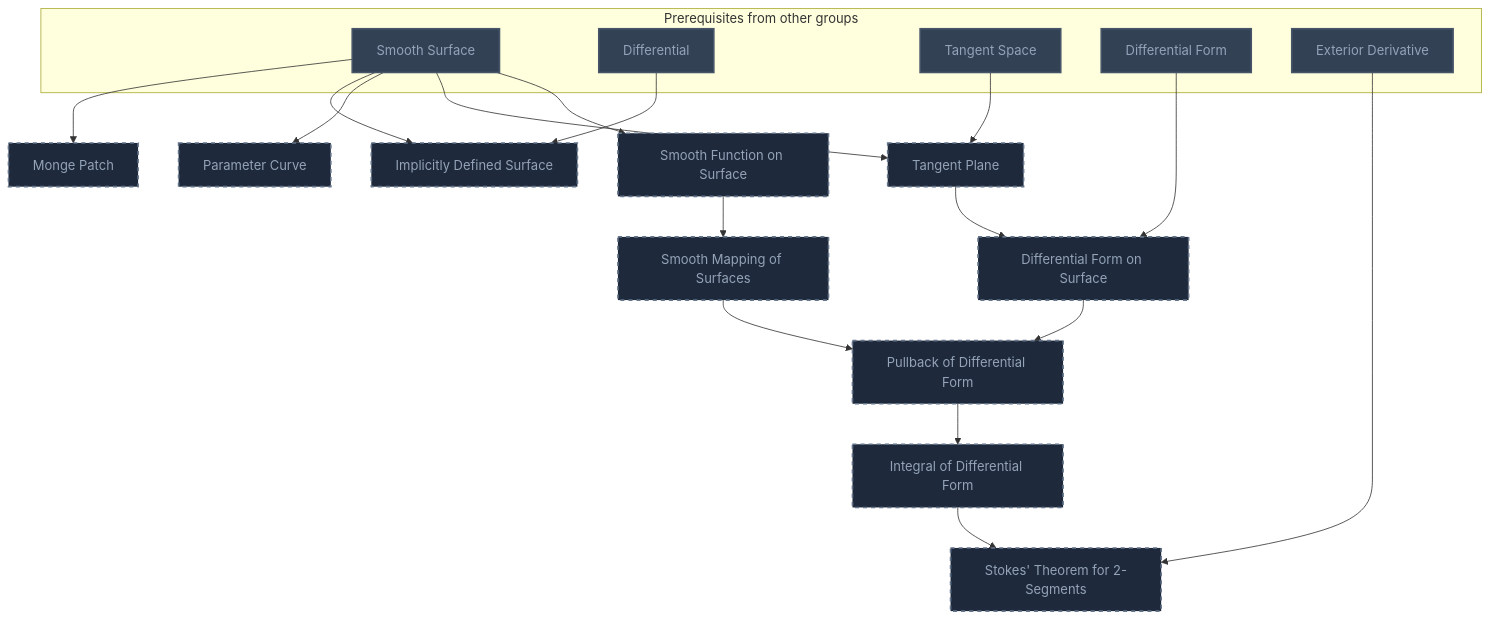
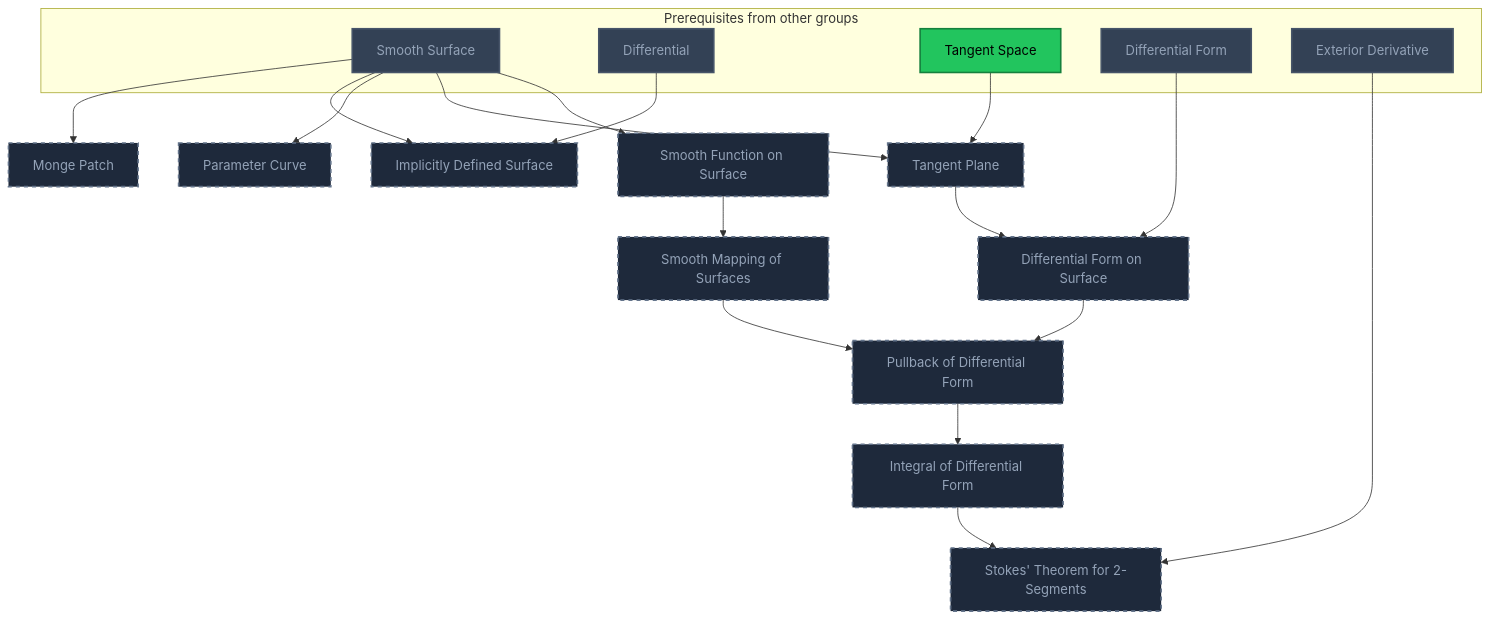
The seventh of 21 diagrams in Gamification/Skill Trees/Differential Geometry.md (MRauf1/My-Notes), drawn with Mermaid before and after one commit. The commit also changed other lines of this file and 145 other files, not shown here.

````diff
--- a/Gamification/Skill Trees/Differential Geometry.md
+++ b/Gamification/Skill Trees/Differential Geometry.md
@@ -648,47 +658,48 @@
 ```mermaid
 flowchart TD
     classDef planned fill:#1E293B,stroke:#64748B,stroke-width:2px,stroke-dasharray:5 5,color:#94A3B8;
     classDef locked fill:#334155,stroke:#475569,stroke-width:2px,color:#94A3B8;
     classDef L0 fill:#F1F5F9,stroke:#94A3B8,stroke-width:2px,color:#000000;
     classDef L1 fill:#22C55E,stroke:#15803D,stroke-width:2px,color:#000000;
     classDef L2 fill:#3B82F6,stroke:#1D4ED8,stroke-width:3px,color:#FFFFFF;
     classDef L3 fill:#A855F7,stroke:#6B21A8,stroke-width:3px,color:#FFFFFF,font-weight:bold;
     classDef L4 fill:#F97316,stroke:#C2410C,stroke-width:4px,color:#000000,font-weight:bold;
     classDef L5 fill:#FFD700,stroke:#FF8C00,stroke-width:5px,color:#000000,font-weight:bold;
     classDef rusty stroke:#8B4513,stroke-width:4px,stroke-dasharray:3 3;
     subgraph sg_prereqs["Prerequisites from other groups"]
         n_smooth_surface["Smooth Surface"]
         n_differential["Differential"]
         n_tangent_space["Tangent Space"]
         n_differential_form["Differential Form"]
         n_exterior_derivative["Exterior Derivative"]
     end
     n_monge_patch["Monge Patch"]
     n_implicitly_defined_surface["Implicitly Defined Surface"]
     n_parameter_curve["Parameter Curve"]
     n_tangent_plane["Tangent Plane"]
     n_smooth_function_on_surface["Smooth Function on Surface"]
     n_differential_form_on_surface["Differential Form on Surface"]
     n_smooth_mapping_of_surfaces["Smooth Mapping of Surfaces"]
     n_pullback_of_differential_form["Pullback of Differential Form"]
     n_integral_of_differential_form["Integral of Differential Form"]
     n_stokes_theorem_for_2_segments["Stokes' Theorem for 2-Segments"]
     n_smooth_surface --> n_monge_patch
     n_smooth_surface --> n_implicitly_defined_surface
     n_differential --> n_implicitly_defined_surface
     n_smooth_surface --> n_parameter_curve
     n_smooth_surface --> n_tangent_plane
     n_tangent_space --> n_tangent_plane
     n_smooth_surface --> n_smooth_function_on_surface
     n_differential_form --> n_differential_form_on_surface
     n_tangent_plane --> n_differential_form_on_surface
     n_smooth_function_on_surface --> n_smooth_mapping_of_surfaces
     n_differential_form_on_surface --> n_pullback_of_differential_form
     n_smooth_mapping_of_surfaces --> n_pullback_of_differential_form
     n_pullback_of_differential_form --> n_integral_of_differential_form
     n_integral_of_differential_form --> n_stokes_theorem_for_2_segments
     n_exterior_derivative --> n_stokes_theorem_for_2_segments
     class n_monge_patch,n_implicitly_defined_surface,n_parameter_curve,n_tangent_plane,n_smooth_function_on_surface,n_differential_form_on_surface,n_smooth_mapping_of_surfaces,n_pullback_of_differential_form,n_integral_of_differential_form,n_stokes_theorem_for_2_segments planned;
-    class n_smooth_surface,n_differential,n_tangent_space,n_differential_form,n_exterior_derivative locked;
+    class n_smooth_surface,n_differential,n_differential_form,n_exterior_derivative locked;
+    class n_tangent_space L1;
     class n_smooth_surface,n_differential,n_tangent_space,n_differential_form,n_exterior_derivative internal-link;
 ```
````
